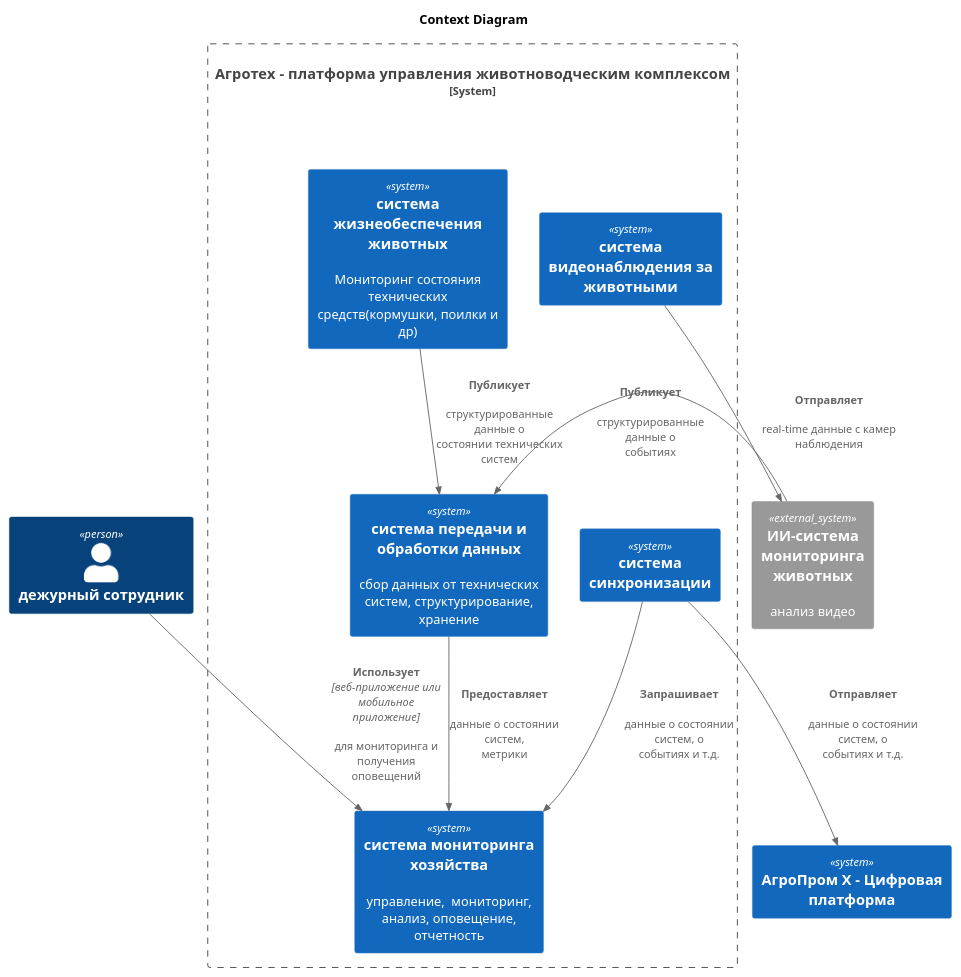
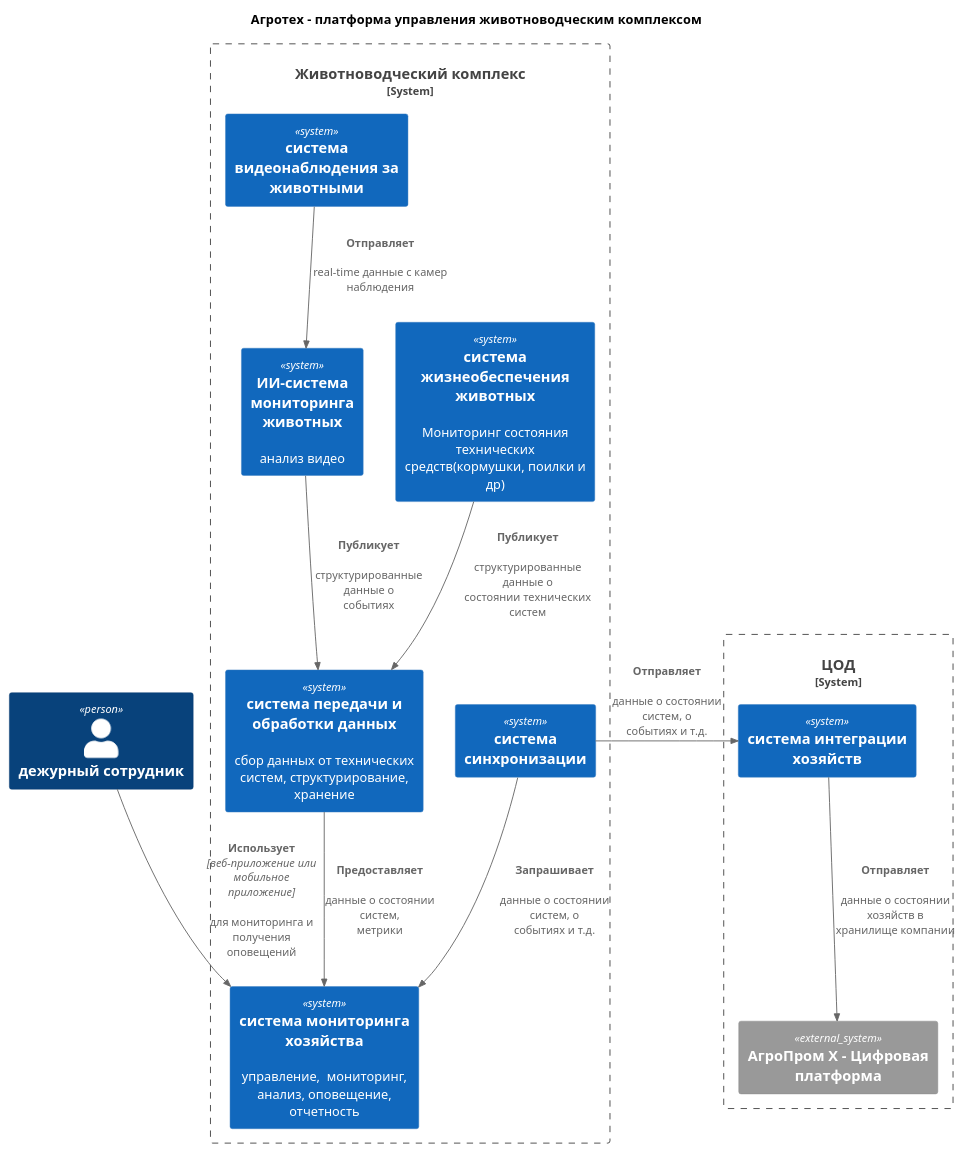
The diagram in TASK1/agrotech_v1_С1.puml (Bessolitsyn/MSA-AgroTech), drawn with PlantUML before and after one commit. The commit also changed 8 other files, not shown here.

```diff
--- a/TASK1/agrotech_v1_С1.puml
+++ b/TASK1/agrotech_v1_С1.puml
@@ -1,68 +1,69 @@
 @startuml агро_V1_С1
 !include https://raw.githubusercontent.com/plantuml-stdlib/C4-PlantUML/master/C4_Context.puml
-title "Context Diagram"
+title "Агротех  - платформа управления животноводческим комплексом"
 'title "Платформа управления животноводческим комплексом"
 Person(сотрудник, "дежурный сотрудник")
 
-System_Boundary(платформа, "Агротех  - платформа управления животноводческим комплексом") {
+System_Boundary(платформа, "Животноводческий комплекс") {
     ''Нефункциональные требования
     ''обеспечивать достаточно высокую отказоустойчивость 99,95%;
     ''быть расширяемой, то есть иметь возможность разработать новый функционал без изменений существующего;
     ''иметь высокую производительность — от момента возникновения нештатной ситуации, зафиксированной с помощью видеоаналитики, должно проходить не более 5 секунд до момента оповещения;
     ''позволять системе видеоаналитики реагировать в реальном времени (миллисекунды).    
     
     System(databus, "система передачи и обработки данных", "сбор данных от технических систем, структурирование, хранение ")
     
     System(цуп, "система мониторинга хозяйства", "управление,  мониторинг, анализ, оповещение, отчетность")
     '{
         'работать даже в случае отсутствия интернета и при необходимости отправлиять уведомления дежурному сотруднику на местах мониторинга, а после восстановления связи синхронизироваться с центральной системой;
         'иметь разделение ролей и поддерживать современные способы аутентификации и авторизации;
         'иметь API для создания мобильного приложения или веб-приложения.
         'предоставлять базовые метрики для передачи в другие системы;
         'поддерживать возможность добавления собственных метрик;
 
     '}
     System(животноводство,"система жизнеобеспечения животных", "Мониторинг состояния технических средств(кормушки, поилки и др)")
     '{
         'управлять кормушками и поилками разных производителей;
         'следить за состоянием систем фильтрации воды;
 
     '}   
     System(видео,"система видеонаблюдения за животными", "") 
     '{
         'поддерживать необходимое количество видеокамер для аналитики в реальном времени от разных производителей;
     '}       
-    
+    System(ai, "ИИ-система мониторинга животных", "анализ видео")
+
     System(agent, "система синхронизации", "")
     '{
         'быть построена по принципу «центральный сервер — агенты» на конкретных фермах без ограничения количества таких агентов (в синхронизации между агентами и центральным сервером допускается задержка до 10 минут без учёта проблем со связью);
     '} 
 }
-    System(платформаX, "АгроПром Х - Цифровая платформа")
+    System_Boundary(платформа_, "ЦОД") {   
+        System(server, "система интеграции хозяйств")      
+        System_Ext(платформаX, "АгроПром Х - Цифровая платформа")  
     
-    System_Ext(ai, "ИИ-система мониторинга животных", "анализ видео") 
+    }
     'Готовую нейросетевую модель предоставят партнёры.
     '{ 
         'фиксировать признаки беспокойного поведения или драк среди животных и оповещать оператора;
         'фиксировать признаки задавливания поросят;
         'оценивать состояние животных по внешнему виду и поведению: болезнь, гибель, беспокойство и так далее;
         'пересчитывать поголовье;
         'делать пересчёт животных;
     '}
     
 
 
 
 Rel(видео, ai, "Отправляет", "", "real-time данные с камер наблюдения") 
 Rel(ai, databus, "Публикует", "", "структурированные данные о событиях")
 Rel(сотрудник, цуп, "Использует", "веб-приложение или мобильное приложение", "для мониторинга и получения оповещений")
 Rel(databus, цуп, "Предоставляет", "", "данные о состоянии систем, метрики") 
 Rel(животноводство, databus, "Публикует", "", "структурированные данные о состоянии технических систем") 
 Rel(agent, цуп, "Запрашивает","","данные о состоянии систем, о событиях и т.д.")
-Rel(agent, платформаX, "Отправляет","","данные о состоянии систем, о событиях и т.д.")
-
-
-     
+Rel_R(agent, server, "Отправляет","","данные о состоянии систем, о событиях и т.д.")
+Rel(server, платформаX, "Отправляет","","данные о состоянии хозяйств в хранилище компании")
 
 
 @enduml
```
